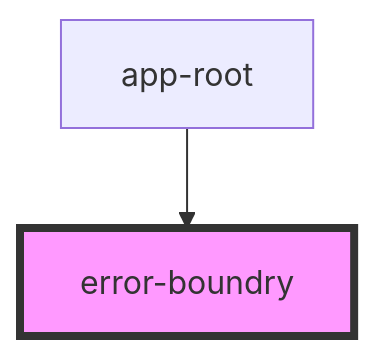
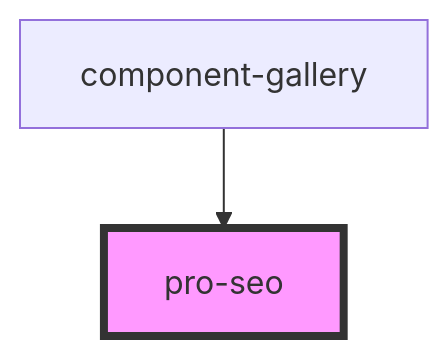
The diagram in src/utils/readme.md (aab1dh/pro), drawn with Mermaid before and after one commit. The commit also changed other lines of this file and 13 other files, not shown here.

````diff
--- a/src/utils/readme.md
+++ b/src/utils/readme.md
@@ -15,5 +23,5 @@
 ```mermaid
 graph TD;
-  app-root --> error-boundry
-  style error-boundry fill:#f9f,stroke:#333,stroke-width:4px
+  component-gallery --> pro-seo
+  style pro-seo fill:#f9f,stroke:#333,stroke-width:4px
 ```
````
